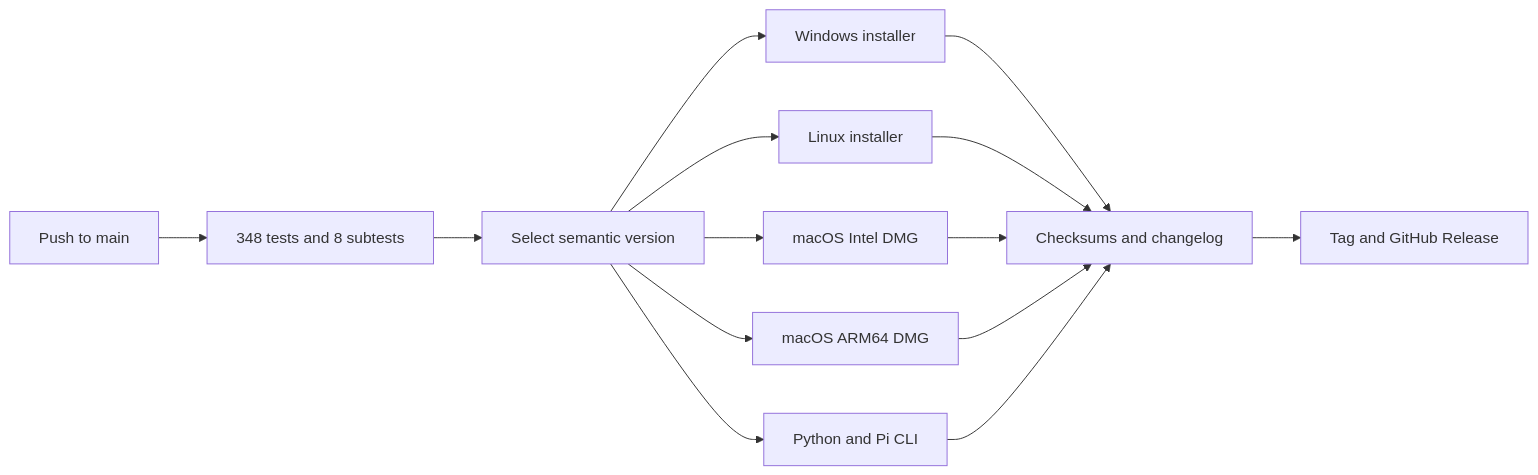
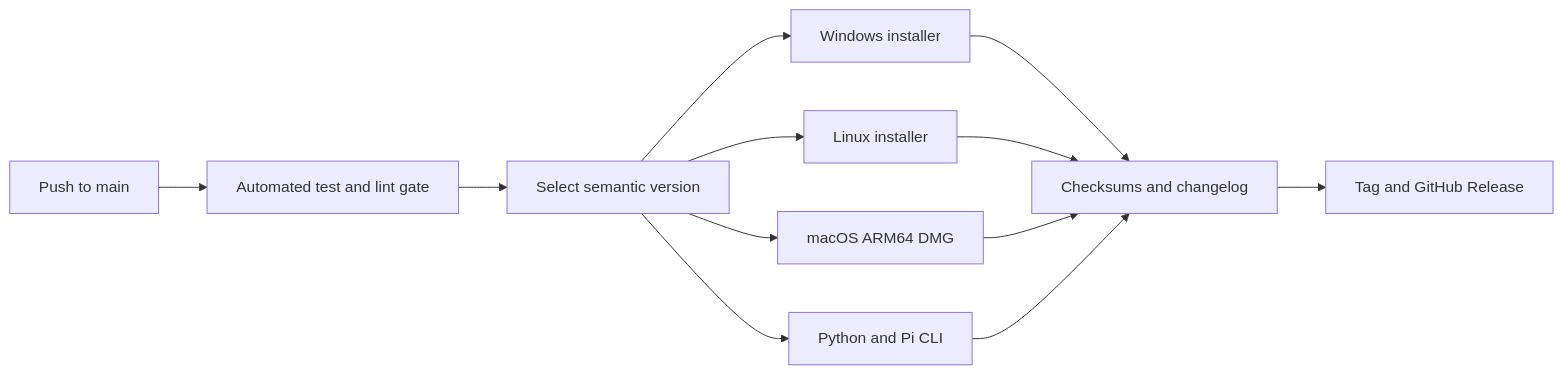
One commit to DhimanGhosh/YouTube_Media_Studio changed the diagram in README.md. Above: the diagram before and after it, drawn with Mermaid. The commit also changed other lines of this file and 5 other files, not shown here.

Commit message:
build(release): drop Intel macOS installer

````diff
--- a/README.md
+++ b/README.md
@@ -223,16 +222,14 @@
 ```mermaid
 flowchart LR
-    A[Push to main] --> B[348 tests and 8 subtests]
+    A[Push to main] --> B[Automated test and lint gate]
     B --> C[Select semantic version]
     C --> D1[Windows installer]
     C --> D2[Linux installer]
-    C --> D3[macOS Intel DMG]
-    C --> D4[macOS ARM64 DMG]
-    C --> D5[Python and Pi CLI]
+    C --> D3[macOS ARM64 DMG]
+    C --> D4[Python and Pi CLI]
     D1 --> E[Checksums and changelog]
     D2 --> E
     D3 --> E
     D4 --> E
-    D5 --> E
     E --> F[Tag and GitHub Release]
 ```
````
